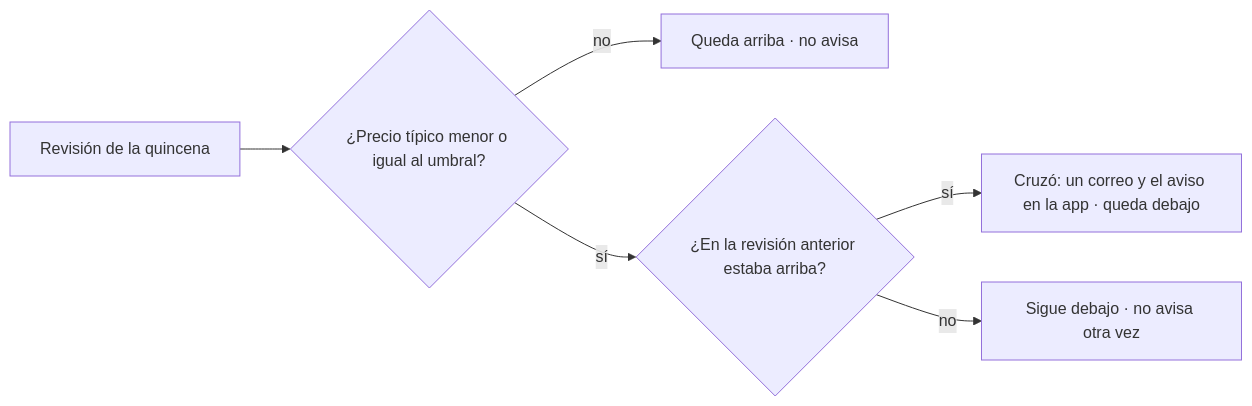
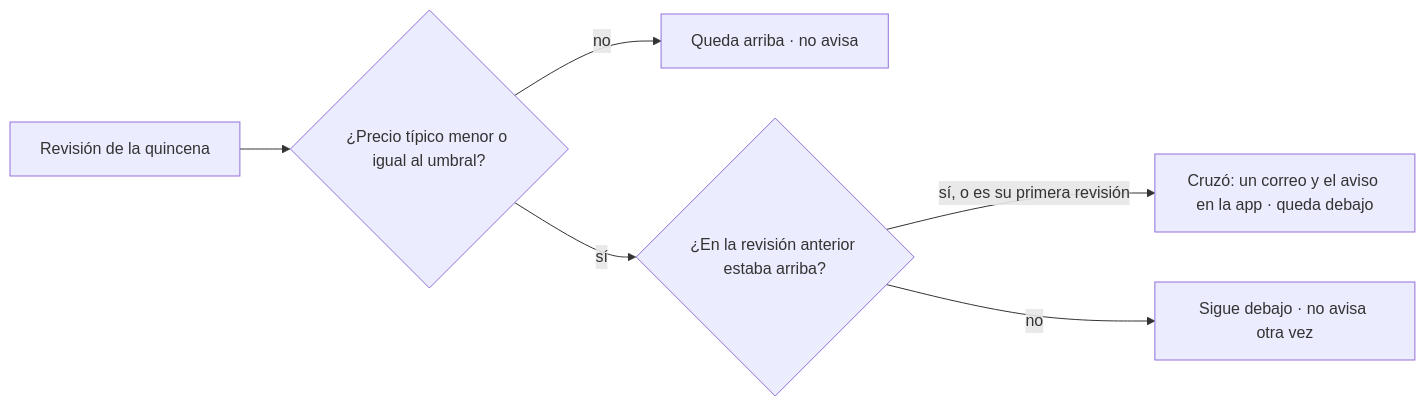
One commit to arik36/canastamx changed the third of 4 diagrams in docs/analisis/navegacion.md. Above: the diagram before and after it, drawn with Mermaid. The commit also changed other lines of this file and 4 other files, not shown here.

````diff
--- a/docs/analisis/navegacion.md
+++ b/docs/analisis/navegacion.md
@@ -107,8 +113,8 @@
 ```mermaid
 flowchart LR
   REV["Revisión de la quincena"] --> Q{"¿Precio típico menor o igual al umbral?"}
   Q -->|"no"| ARR["Queda arriba · no avisa"]
   Q -->|"sí"| P{"¿En la revisión anterior estaba arriba?"}
-  P -->|"sí"| CRUZA["Cruzó: un correo y el aviso en la app · queda debajo"]
+  P -->|"sí, o es su primera revisión"| CRUZA["Cruzó: un correo y el aviso en la app · queda debajo"]
   P -->|"no"| SIGUE["Sigue debajo · no avisa otra vez"]
 ```
````
